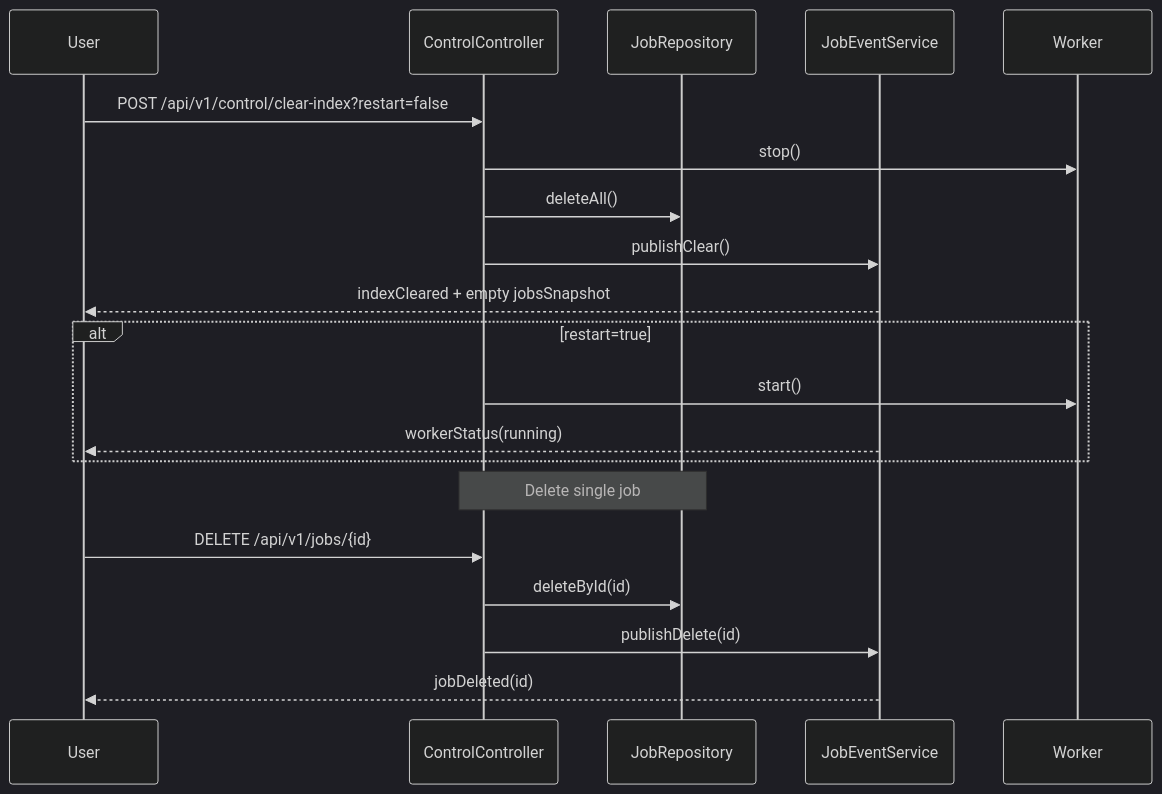
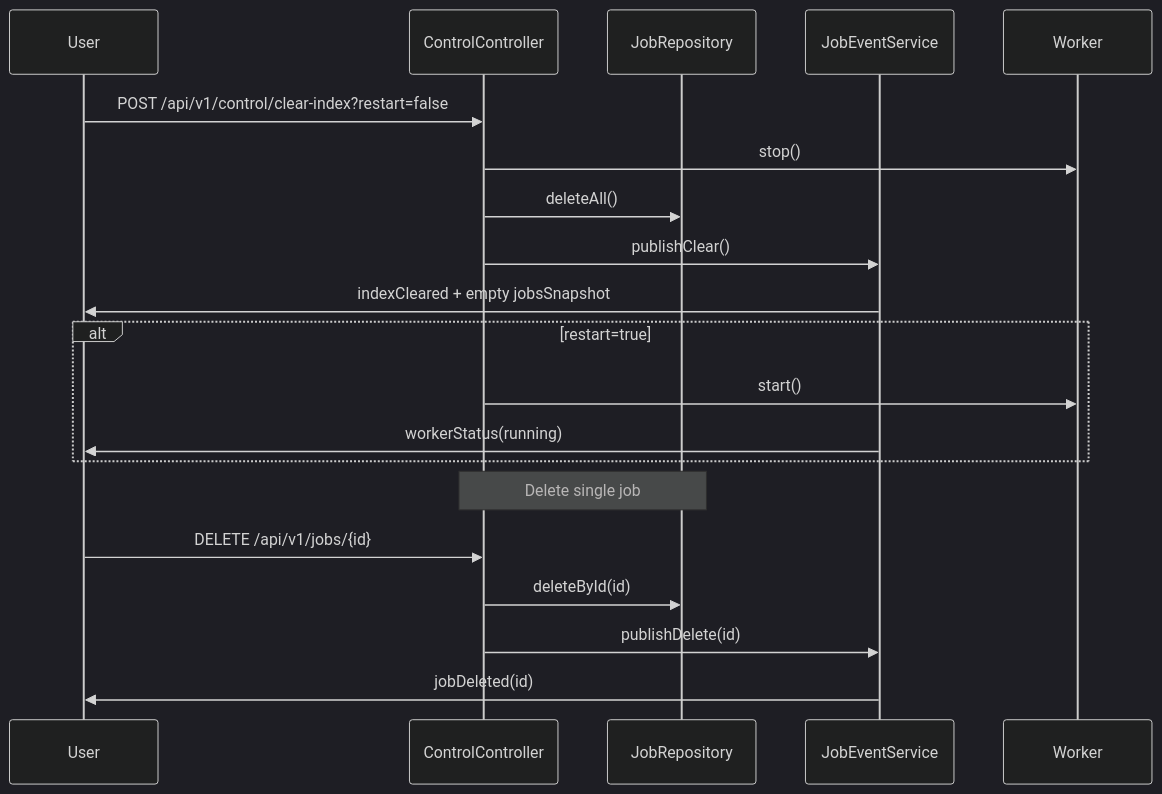
Before and after one commit to martinrevert/AACKiller: the fifth of 5 diagrams in README.md, drawn with Mermaid (dark theme). The commit also changed other lines of this file, not shown here.

Commit message:
refactor sequence diagrams for consistent arrow notation

````diff
--- a/README.md
+++ b/README.md
@@ -170,24 +170,24 @@
 ```mermaid
 sequenceDiagram
 	participant User
 	participant API as ControlController
 	participant Repo as JobRepository
 	participant Events as JobEventService
 
 	User->>API: POST /api/v1/control/clear-index?restart=false
 	API->>Worker: stop()
 	API->>Repo: deleteAll()
 	API->>Events: publishClear()
-	Events-->>User: indexCleared + empty jobsSnapshot
+	Events->>User: indexCleared + empty jobsSnapshot
 
 	alt restart=true
 		API->>Worker: start()
-		Events-->>User: workerStatus(running)
+		Events->>User: workerStatus(running)
 	end
 
 	Note over API,Repo: Delete single job
 	User->>API: DELETE /api/v1/jobs/{id}
 	API->>Repo: deleteById(id)
 	API->>Events: publishDelete(id)
-	Events-->>User: jobDeleted(id)
+	Events->>User: jobDeleted(id)
 ```
````
